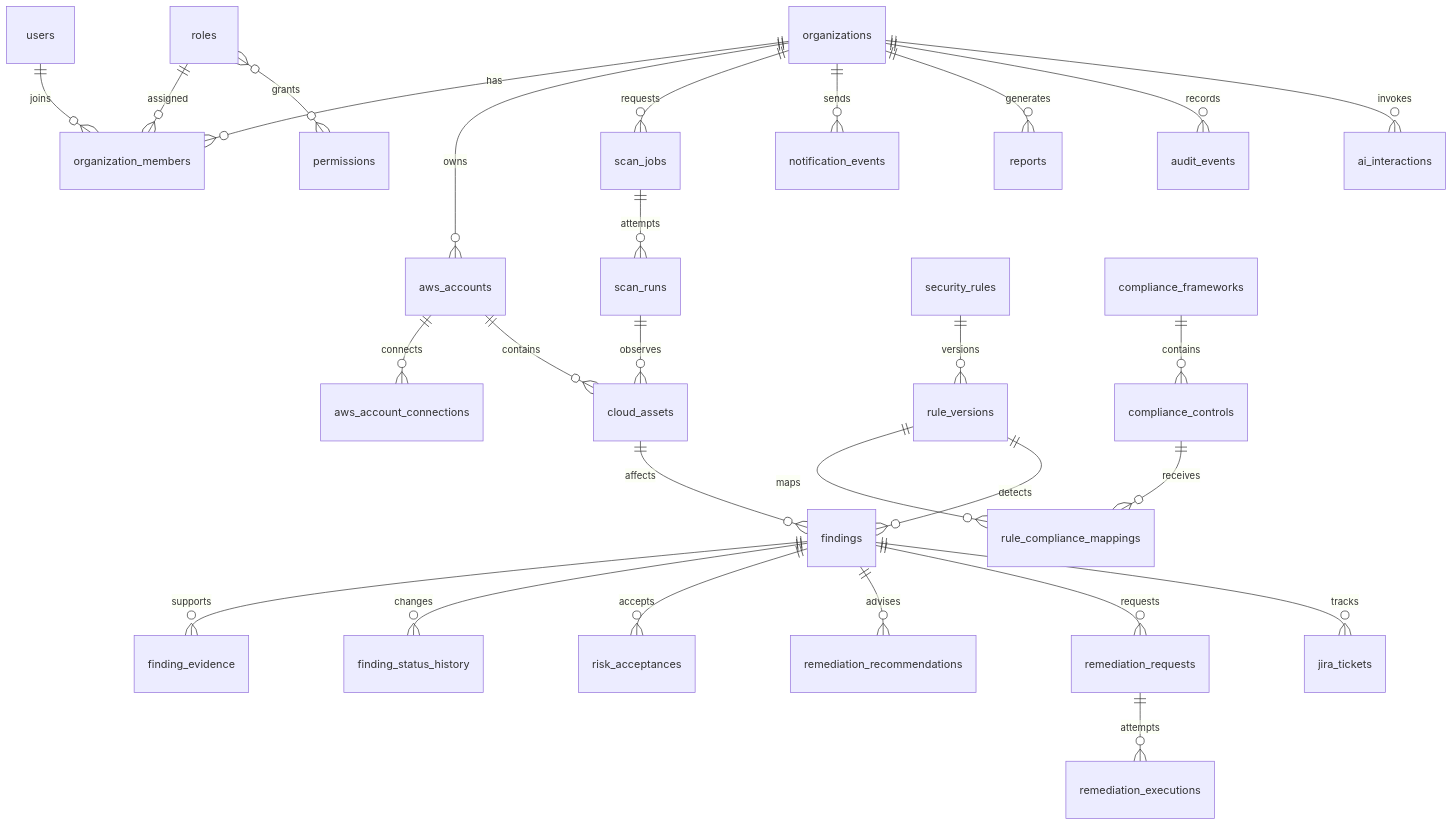
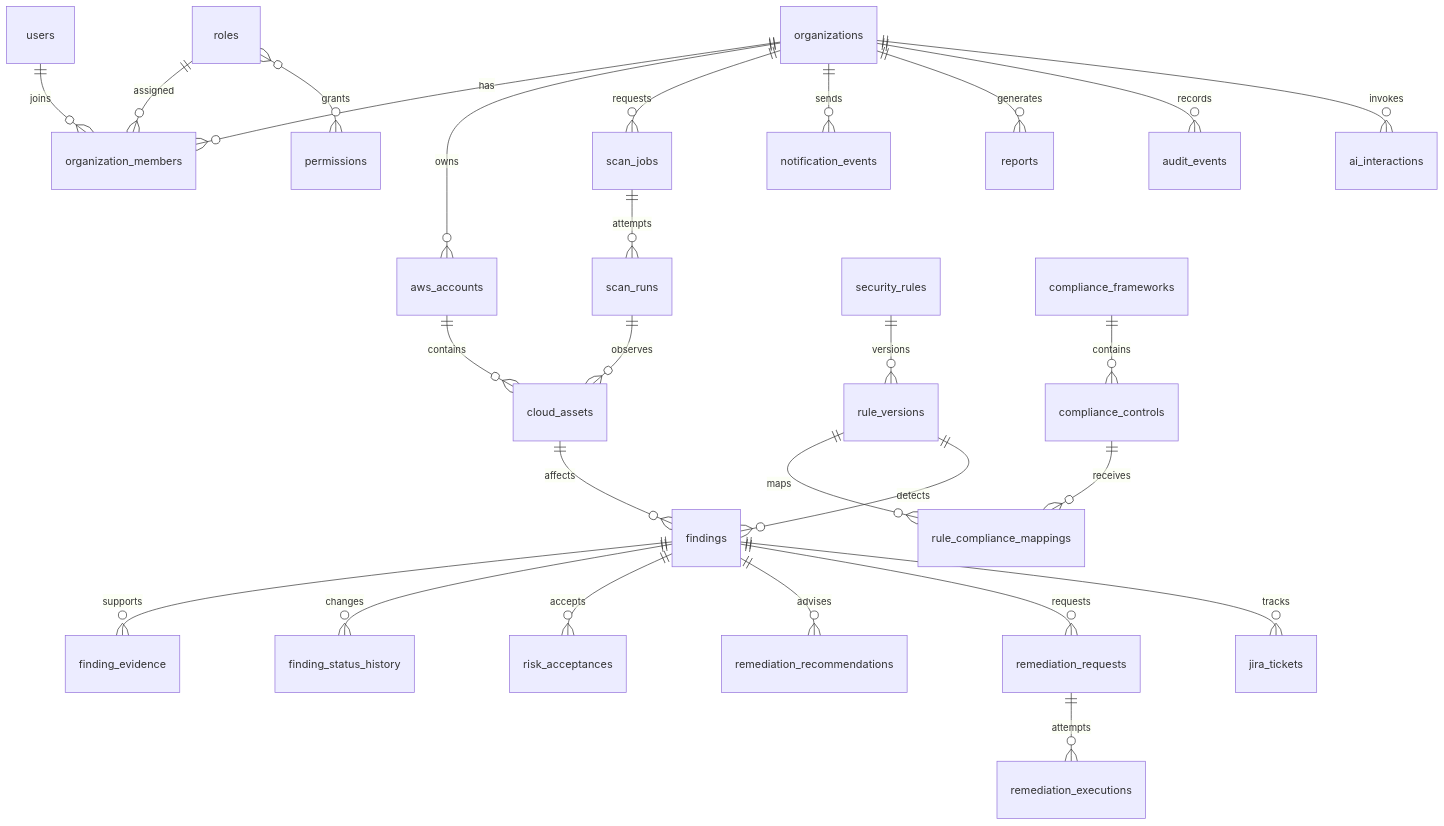
Before and after one commit to cloudops-project/CloudOps: the diagram in docs/architecture/database-design.md, drawn with Mermaid. The commit also changed other lines of this file and 63 other files, not shown here.

````diff
--- a/docs/architecture/database-design.md
+++ b/docs/architecture/database-design.md
@@ -11,30 +38,29 @@
 ```mermaid
 erDiagram
   organizations ||--o{ organization_members : has
   users ||--o{ organization_members : joins
   roles ||--o{ organization_members : assigned
   roles }o--o{ permissions : grants
   organizations ||--o{ aws_accounts : owns
-  aws_accounts ||--o{ aws_account_connections : connects
   organizations ||--o{ scan_jobs : requests
   scan_jobs ||--o{ scan_runs : attempts
   aws_accounts ||--o{ cloud_assets : contains
   scan_runs ||--o{ cloud_assets : observes
   security_rules ||--o{ rule_versions : versions
   compliance_frameworks ||--o{ compliance_controls : contains
   rule_versions ||--o{ rule_compliance_mappings : maps
   compliance_controls ||--o{ rule_compliance_mappings : receives
   cloud_assets ||--o{ findings : affects
   rule_versions ||--o{ findings : detects
   findings ||--o{ finding_evidence : supports
   findings ||--o{ finding_status_history : changes
   findings ||--o{ risk_acceptances : accepts
   findings ||--o{ remediation_recommendations : advises
   findings ||--o{ remediation_requests : requests
   remediation_requests ||--o{ remediation_executions : attempts
   findings ||--o{ jira_tickets : tracks
   organizations ||--o{ notification_events : sends
   organizations ||--o{ reports : generates
   organizations ||--o{ audit_events : records
   organizations ||--o{ ai_interactions : invokes
 ```
````
